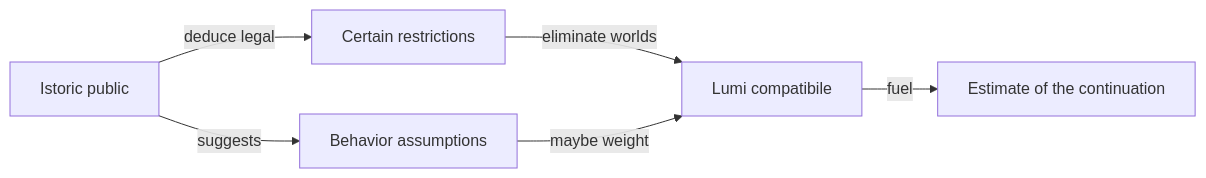
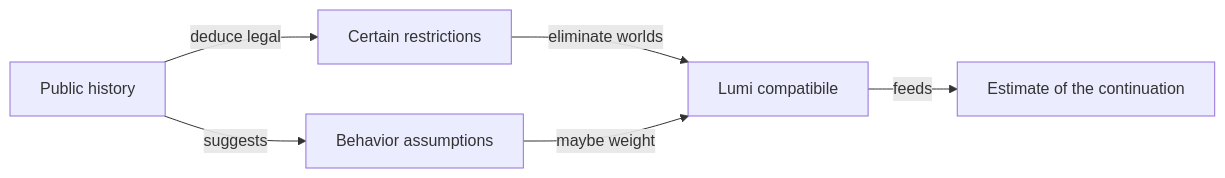
Before and after one commit to crististefanita/atf_j4: the second of 2 diagrams in docs/ai/README.md, drawn with Mermaid. The commit also changed other lines of this file and 84 other files, not shown here.

````diff
--- a/docs/ai/README.md
+++ b/docs/ai/README.md
@@ -65,8 +65,8 @@
 ```mermaid
 flowchart LR
-    PUBLIC[Istoric public] -->|deduce legal| VOID[Certain restrictions]
+    PUBLIC[Public history] -->|deduce legal| VOID[Certain restrictions]
     PUBLIC -->|suggests| MODEL[Behavior assumptions]
     VOID -->|eliminate worlds| WORLDS[Lumi compatibile]
     MODEL -->|maybe weight| WORLDS
-    WORLDS -->|fuel| PLAN[Estimate of the continuation]
+    WORLDS -->|feeds| PLAN[Estimate of the continuation]
 ```
````
